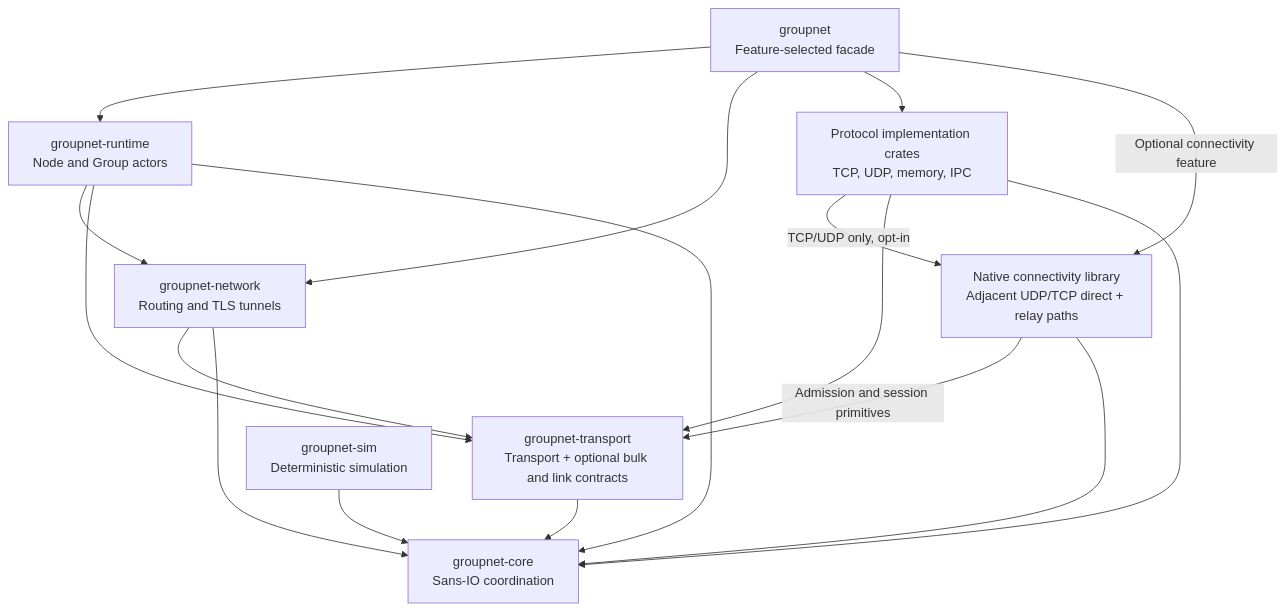
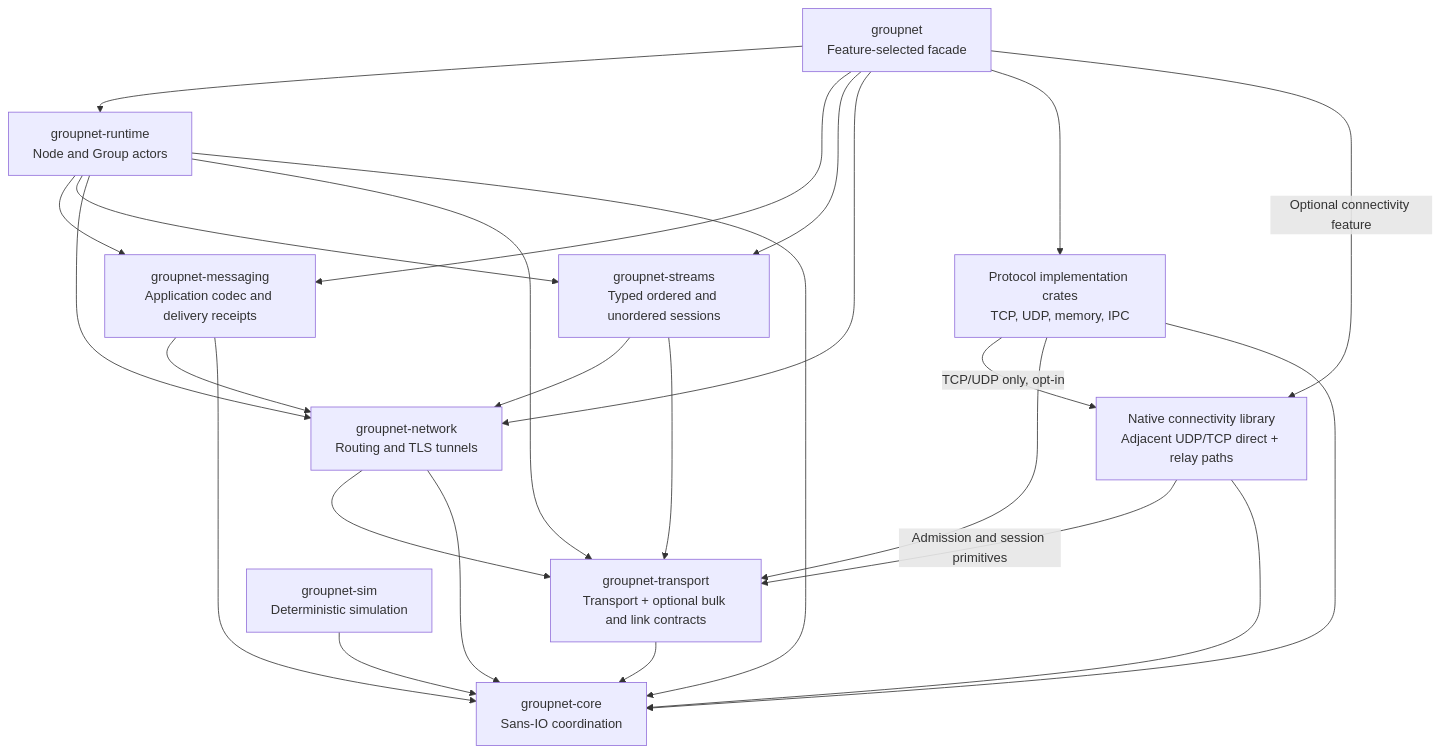
One commit to napbat/groupnet changed the second of 3 diagrams in docs/architecture.md. Above: the diagram before and after it, drawn with Mermaid. The commit also changed other lines of this file and 61 other files, not shown here.

Commit message:
feat: add typed messaging and unified protocol endpoints

````diff
--- a/docs/architecture.md
+++ b/docs/architecture.md
@@ -61,27 +151,37 @@
 ```mermaid
 flowchart TB
     Facade["groupnet\nFeature-selected facade"]
     Runtime["groupnet-runtime\nNode and Group actors"]
+    Messaging["groupnet-messaging\nApplication codec and delivery receipts"]
+    Streams["groupnet-streams\nTyped ordered and unordered sessions"]
     Network["groupnet-network\nRouting and TLS tunnels"]
     Protocols["Protocol implementation crates\nTCP, UDP, memory, IPC"]
     Connectivity["Native connectivity library\nAdjacent UDP/TCP direct + relay paths"]
     Shared["groupnet-transport\nTransport + optional bulk and link contracts"]
     Core["groupnet-core\nSans-IO coordination"]
     Sim["groupnet-sim\nDeterministic simulation"]
     Facade --> Runtime
+    Facade --> Messaging
+    Facade --> Streams
     Facade --> Network
     Facade --> Protocols
     Facade -->|"Optional connectivity feature"| Connectivity
     Protocols -->|"TCP/UDP only, opt-in"| Connectivity
     Connectivity -->|"Admission and session primitives"| Shared
     Connectivity --> Core
+    Runtime --> Messaging
+    Runtime --> Streams
+    Streams --> Network
+    Streams --> Shared
+    Messaging --> Network
+    Messaging --> Core
     Runtime --> Network
     Runtime --> Shared
     Runtime --> Core
     Network --> Shared
     Network --> Core
     Protocols --> Shared
     Protocols --> Core
     Shared --> Core
     Sim --> Core
 ```
````
